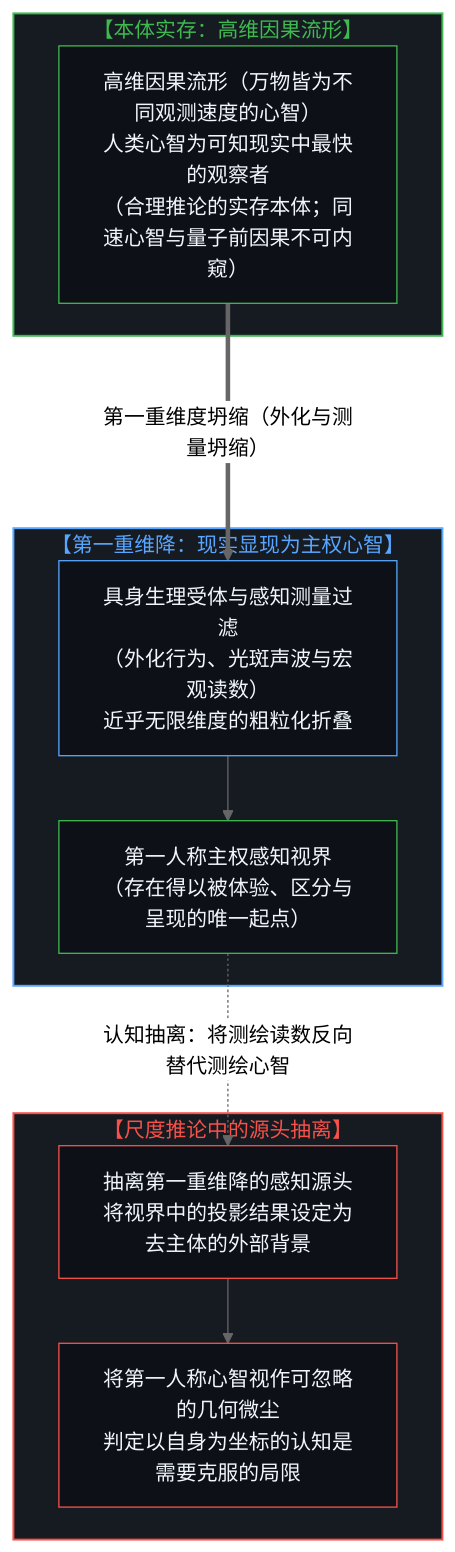
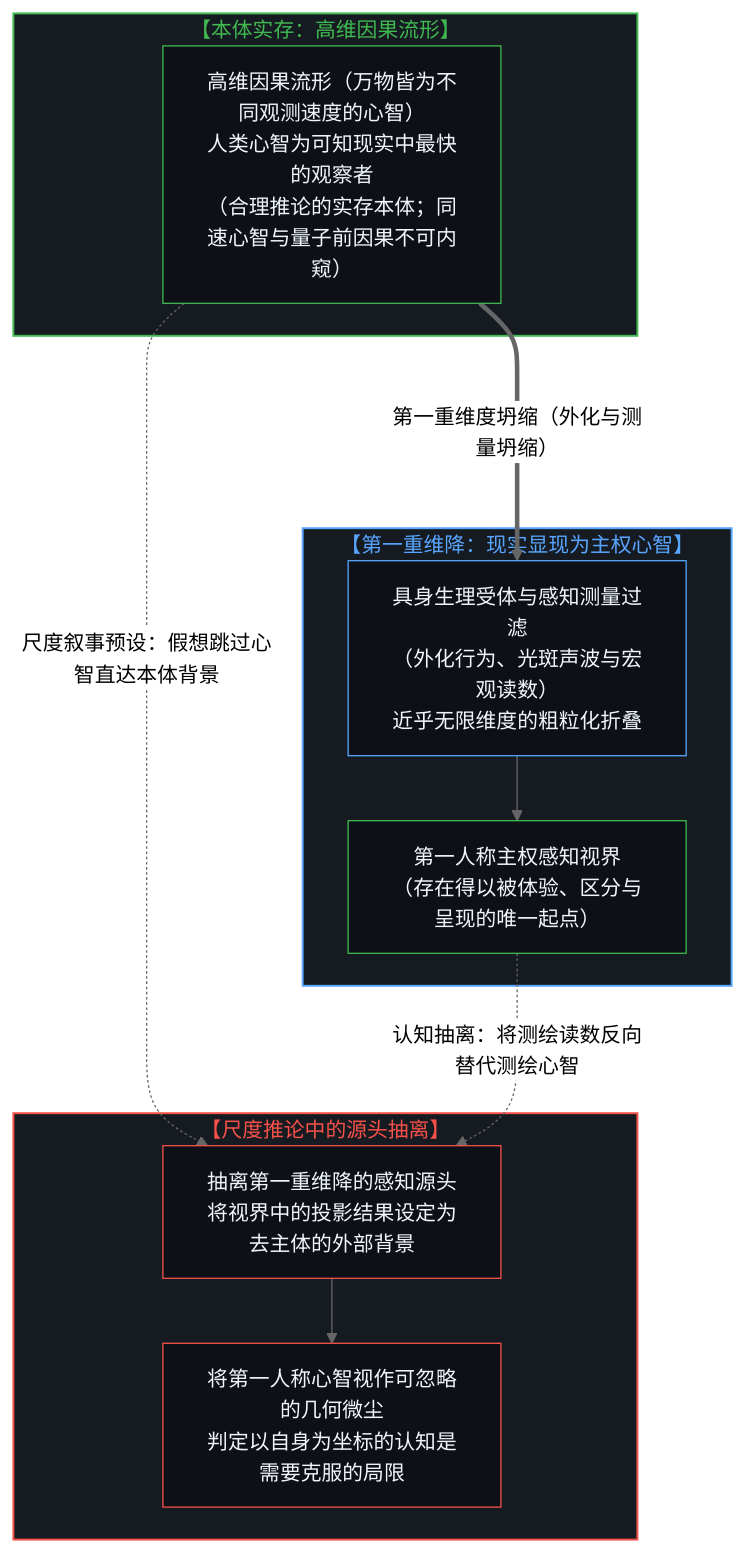
One commit to powerpig99/not-a-toe changed the first of 8 diagrams in content/posts/one-cannot-escape-ones-own-mind.md. Above: the diagram before and after it, drawn with Mermaid (neutral theme). The commit also changed other lines of this file, not shown here.

Commit message:
Refine Post #332: Connect high-dimensional causal manifold to scale narrative in Diagram 1

````diff
--- a/content/posts/one-cannot-escape-ones-own-mind.md
+++ b/content/posts/one-cannot-escape-ones-own-mind.md
@@ -15,30 +15,31 @@
 ```mermaid
 flowchart TD
     subgraph S_RealityOrigin ["【本体实存：高维因果流形】"]
         R1["高维因果流形（万物皆为不同观测速度的心智）<br/>人类心智为可知现实中最快的观察者<br/>（合理推论的实存本体；同速心智与量子前因果不可内窥）"]
     end
 
     subgraph S_FirstCollapse ["【第一重维降：现实显现为主权心智】"]
         C1["具身生理受体与感知测量过滤<br/>（外化行为、光斑声波与宏观读数）<br/>近乎无限维度的粗粒化折叠"]
         M1["第一人称主权感知视界<br/>（存在得以被体验、区分与呈现的唯一起点）"]
         C1 --> M1
     end
 
     subgraph S_TheftInversion ["【尺度推论中的源头抽离】"]
         T1["抽离第一重维降的感知源头<br/>将视界中的投影结果设定为去主体的外部背景"]
         T2["将第一人称心智视作可忽略的几何微尘<br/>判定以自身为坐标的认知是需要克服的局限"]
         T1 --> T2
     end
 
     R1 ===>|"第一重维度坍缩（外化与测量坍缩）"| C1
+    R1 -.->|"尺度叙事预设：假想跳过心智直达本体背景"| T1
     M1 -.->|"认知抽离：将测绘读数反向替代测绘心智"| T1
 
     style S_RealityOrigin fill:#161b22,stroke:#3fb950,stroke-width:1.5px,color:#3fb950
     style S_FirstCollapse fill:#161b22,stroke:#58a6ff,stroke-width:1.5px,color:#58a6ff
     style S_TheftInversion fill:#161b22,stroke:#f85149,stroke-width:1.5px,color:#f85149
     style R1 fill:#0d1117,stroke:#3fb950,stroke-width:1px,color:#f0f6fc
     style C1 fill:#0d1117,stroke:#58a6ff,stroke-width:1px,color:#f0f6fc
     style M1 fill:#0d1117,stroke:#3fb950,stroke-width:1px,color:#f0f6fc
     style T1 fill:#0d1117,stroke:#f85149,stroke-width:1px,color:#f0f6fc
     style T2 fill:#0d1117,stroke:#f85149,stroke-width:1px,color:#f0f6fc
 ```
````
